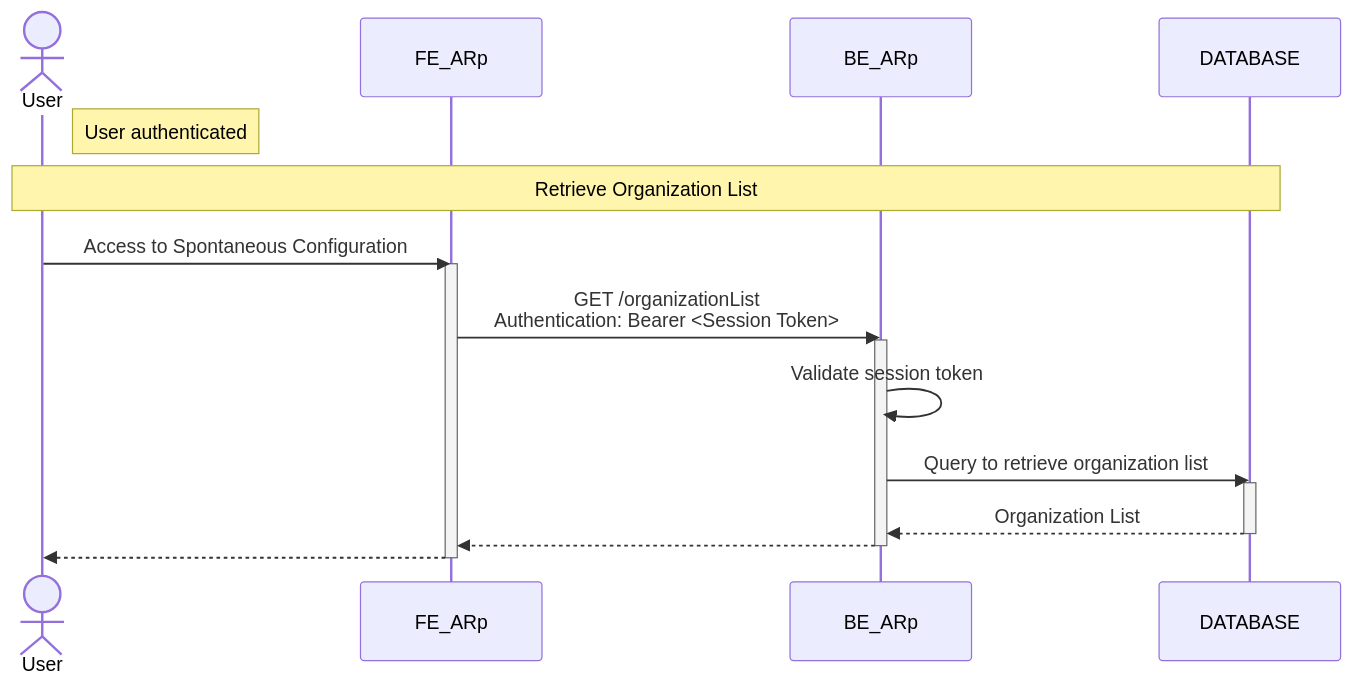
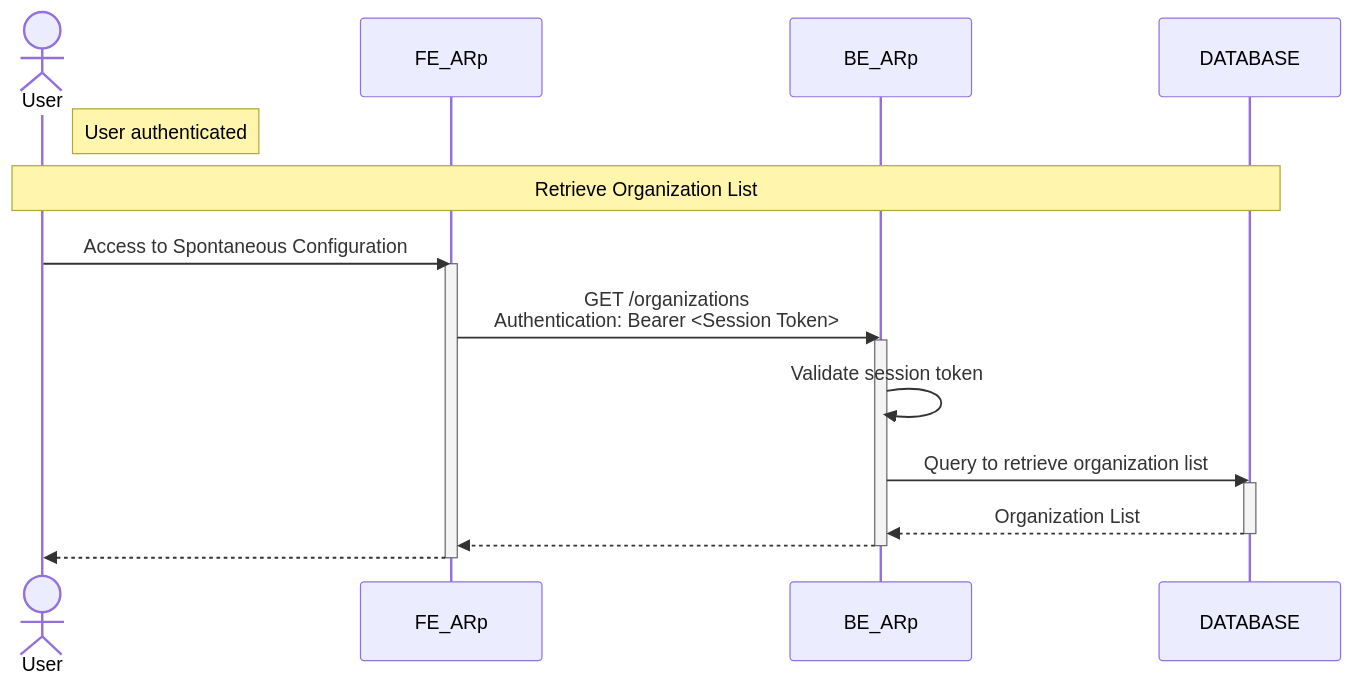
One commit to pagopa/arc-doc changed the diagram in design/arc/spontaneous/sequence_diagram_retrieve_organization_list.mmd. Above: the diagram before and after it, drawn with Mermaid. The commit also changed 5 other files, not shown here.

Commit message:
fix: [P4PU-781] sequence diagram payment notice details (#6)

```diff
--- a/design/arc/spontaneous/sequence_diagram_retrieve_organization_list.mmd
+++ b/design/arc/spontaneous/sequence_diagram_retrieve_organization_list.mmd
@@ -1,21 +1,21 @@
 sequenceDiagram
 actor User
 participant FE_ARp
 participant BE_ARp
 participant DB as DATABASE
 
 note right of User: User authenticated
 note over User, DB : Retrieve Organization List
     User ->> FE_ARp : Access to Spontaneous Configuration
     activate FE_ARp
-        FE_ARp ->> BE_ARp : GET /organizationList <br> Authentication: Bearer <Session Token>
+        FE_ARp ->> BE_ARp : GET /organizations <br> Authentication: Bearer <Session Token>
         activate BE_ARp
             BE_ARp ->> BE_ARp : Validate session token
             BE_ARp ->> DB : Query to retrieve organization list
             activate DB
                 DB -->> BE_ARp : Organization List
             deactivate DB
             BE_ARp -->> FE_ARp : #
         deactivate BE_ARp
         FE_ARp -->> User: #
     deactivate FE_ARp
```
